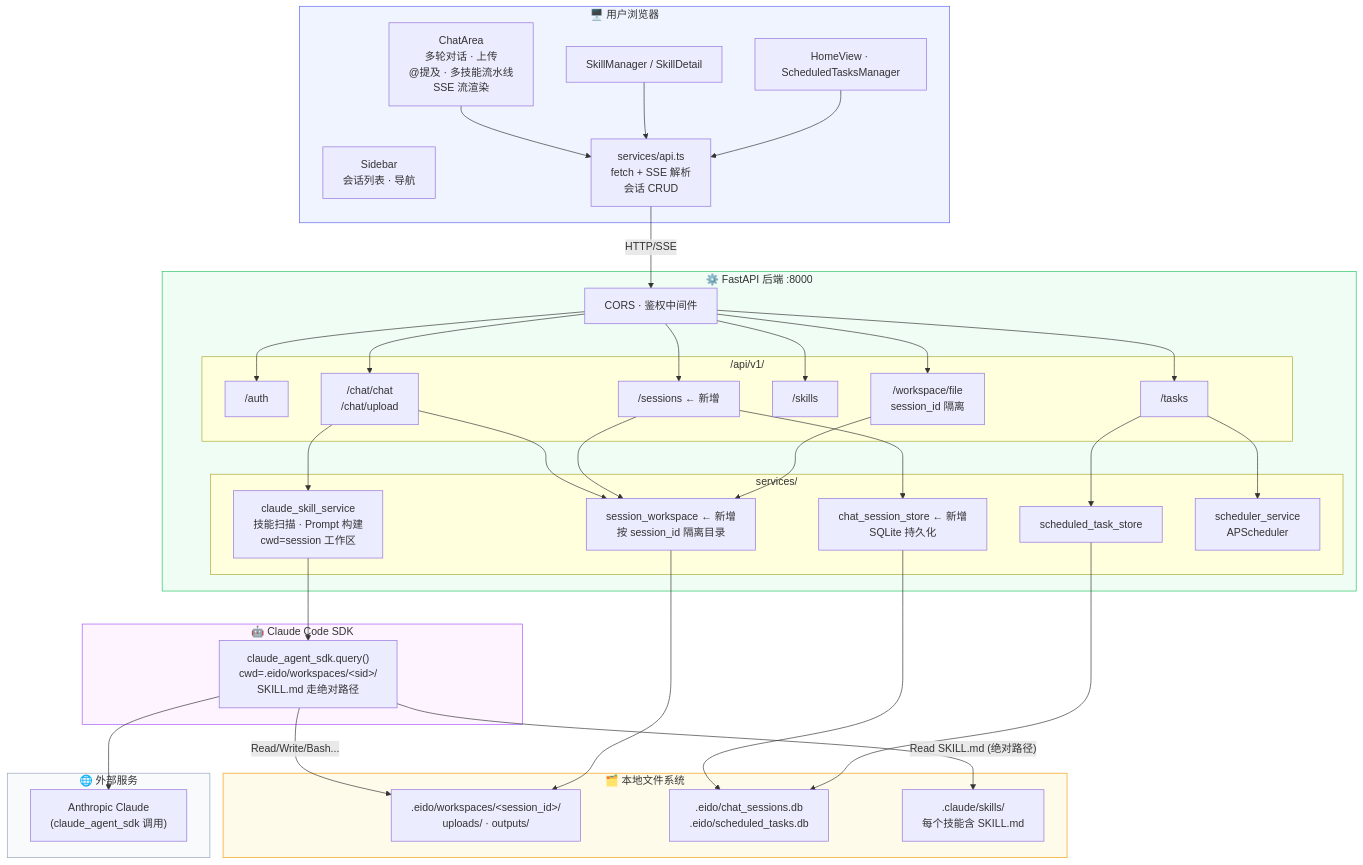
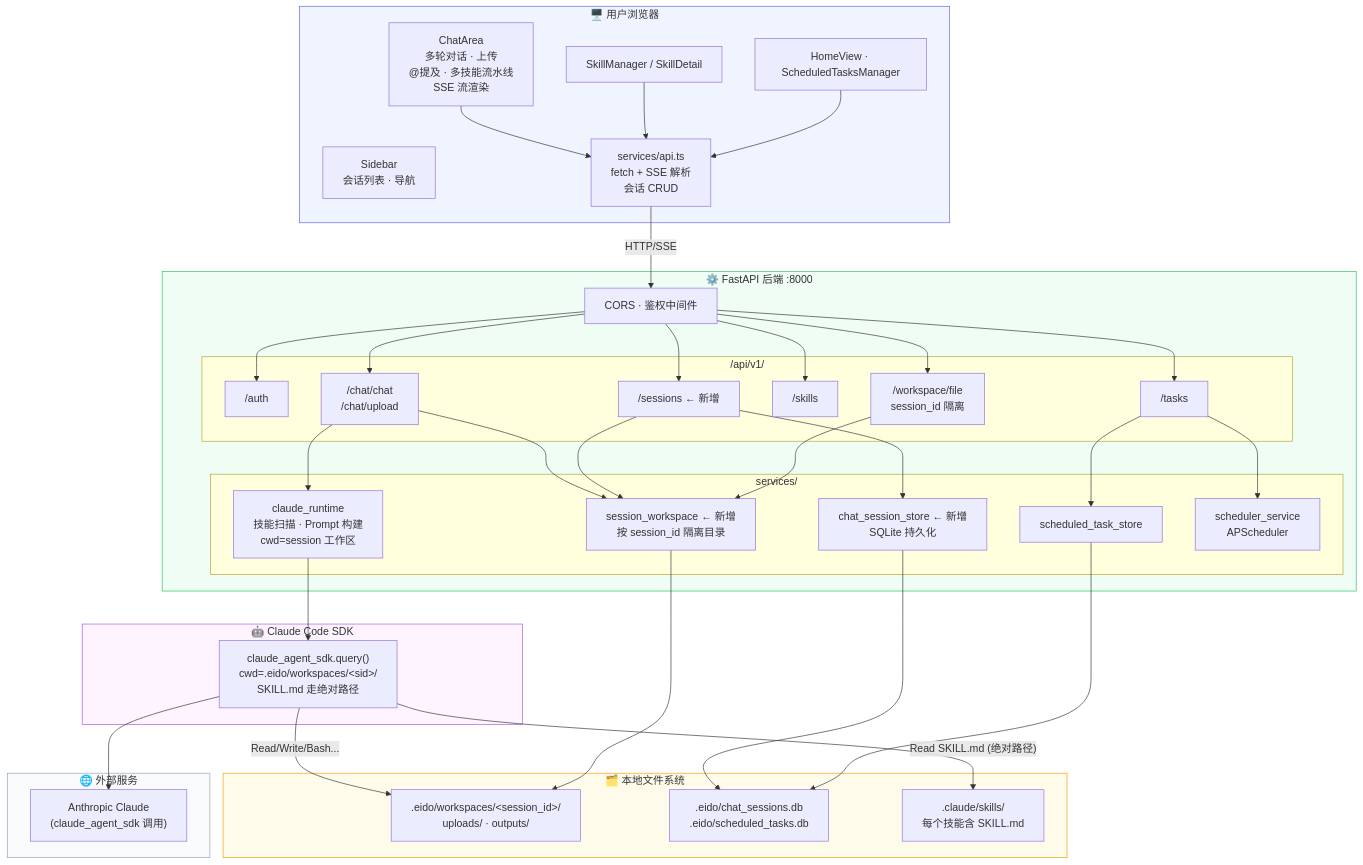
The first of 5 diagrams in docs/architecture.md (damaohongtu/eido-ai), drawn with Mermaid before and after one commit. The commit also changed other lines of this file and 188 other files, not shown here.

````diff
--- a/docs/architecture.md
+++ b/docs/architecture.md
@@ -7,80 +7,80 @@
 ```mermaid
 graph TB
     subgraph 用户浏览器["🖥️ 用户浏览器"]
         UI_Sidebar["Sidebar<br/>会话列表 · 导航"]
         UI_Chat["ChatArea<br/>多轮对话 · 上传<br/>@提及 · 多技能流水线<br/>SSE 流渲染"]
         UI_Skills["SkillManager / SkillDetail"]
         UI_Home["HomeView · ScheduledTasksManager"]
         API_TS["services/api.ts<br/>fetch + SSE 解析<br/>会话 CRUD"]
     end
 
     subgraph 后端["⚙️ FastAPI 后端 :8000"]
         MW["CORS · 鉴权中间件"]
 
         subgraph 路由层["/api/v1/"]
             EP_Auth["/auth"]
             EP_Chat["/chat/chat<br/>/chat/upload"]
             EP_Sessions["/sessions  ←  新增"]
             EP_Skills["/skills"]
             EP_Tasks["/tasks"]
             EP_Workspace["/workspace/file<br/>session_id 隔离"]
         end
 
         subgraph 服务层["services/"]
-            SVC_Skill["claude_skill_service<br/>技能扫描 · Prompt 构建<br/>cwd=session 工作区"]
+            SVC_Skill["claude_runtime<br/>技能扫描 · Prompt 构建<br/>cwd=session 工作区"]
             SVC_WS["session_workspace  ←  新增<br/>按 session_id 隔离目录"]
             SVC_Store["chat_session_store  ←  新增<br/>SQLite 持久化"]
             SVC_TaskStore["scheduled_task_store"]
             SVC_Sched["scheduler_service<br/>APScheduler"]
         end
     end
 
     subgraph 技能引擎["🤖 Claude Code SDK"]
         SDK["claude_agent_sdk.query()<br/>cwd=.eido/workspaces/&lt;sid&gt;/<br/>SKILL.md 走绝对路径"]
     end
 
     subgraph 文件系统["🗂️ 本地文件系统"]
         FS_Workspaces[".eido/workspaces/&lt;session_id&gt;/<br/>uploads/ · outputs/"]
         FS_DB[".eido/chat_sessions.db<br/>.eido/scheduled_tasks.db"]
         FS_Skills[".claude/skills/<br/>每个技能含 SKILL.md"]
     end
 
     subgraph 外部["🌐 外部服务"]
         Claude["Anthropic Claude<br/>(claude_agent_sdk 调用)"]
     end
 
     UI_Chat --> API_TS
     UI_Skills --> API_TS
     UI_Home --> API_TS
 
     API_TS -->|"HTTP/SSE"| MW
     MW --> EP_Chat
     MW --> EP_Sessions
     MW --> EP_Workspace
     MW --> EP_Skills
     MW --> EP_Auth
     MW --> EP_Tasks
 
     EP_Chat --> SVC_Skill
     EP_Chat --> SVC_WS
     EP_Sessions --> SVC_Store
     EP_Sessions --> SVC_WS
     EP_Workspace --> SVC_WS
     EP_Tasks --> SVC_TaskStore
     EP_Tasks --> SVC_Sched
 
     SVC_Skill --> SDK
     SDK -->|"Read/Write/Bash..."| FS_Workspaces
     SDK -->|"Read SKILL.md (绝对路径)"| FS_Skills
     SDK --> Claude
 
     SVC_Store --> FS_DB
     SVC_WS --> FS_Workspaces
     SVC_TaskStore --> FS_DB
 
     style 用户浏览器 fill:#f0f4ff,stroke:#6366f1
     style 后端 fill:#f0fdf4,stroke:#22c55e
     style 技能引擎 fill:#fdf4ff,stroke:#a855f7
     style 文件系统 fill:#fffbeb,stroke:#f59e0b
     style 外部 fill:#f8fafc,stroke:#94a3b8
 ```
````
